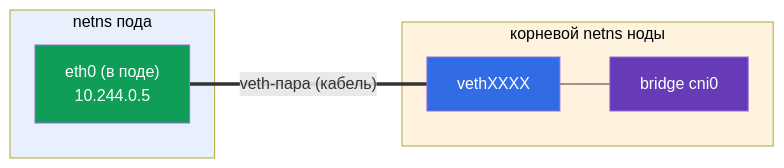
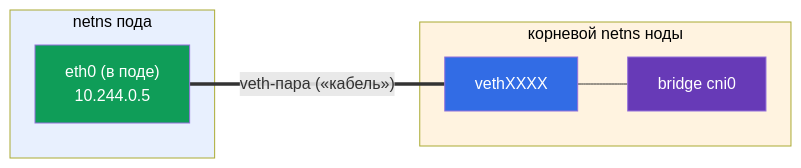
The fourth of 7 diagrams in tasks/cka/course/00-7-netns/ru.md (ViktorUJ/cks), drawn with Mermaid before and after one commit. The commit also changed other lines of this file and 10 other files, not shown here.

````diff
--- a/tasks/cka/course/00-7-netns/ru.md
+++ b/tasks/cka/course/00-7-netns/ru.md
@@ -71,17 +124,17 @@
 ```mermaid
 flowchart LR
     subgraph ns["netns пода"]
         veth0["eth0 (в поде)<br>10.244.0.5"]
     end
     subgraph root["корневой netns ноды"]
         veth1["vethXXXX"]
         br["bridge cni0"]
     end
-    veth0 ===|"veth-пара (кабель)"| veth1
+    veth0 ===|"veth-пара («кабель»)"| veth1
     veth1 --- br
     style ns fill:#e8f0fe,color:#000
     style root fill:#fff3e0,color:#000
     style veth0 fill:#0f9d58,color:#fff
     style veth1 fill:#326ce5,color:#fff
     style br fill:#673ab7,color:#fff
 ```
````
